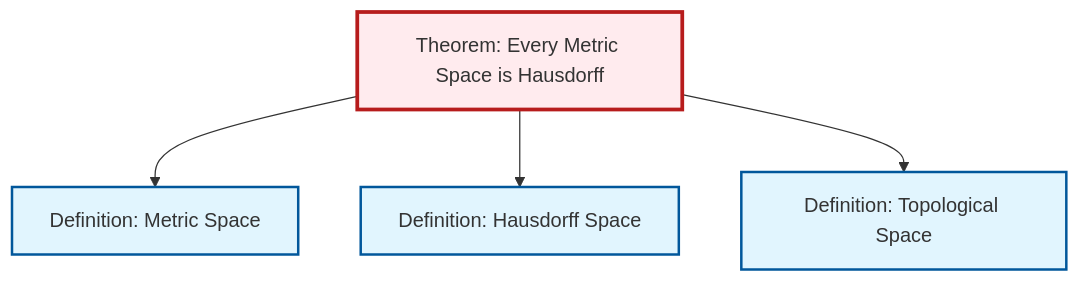
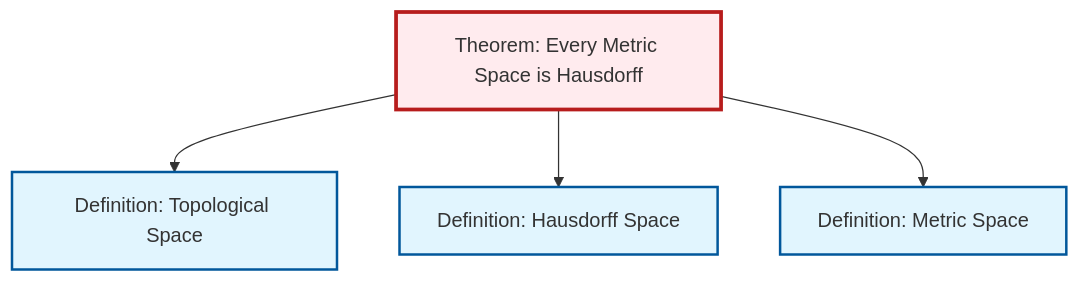
One commit to RK0429/ModernMath changed the diagram in output/mermaid/thm-metric-hausdorff.mermaid. Above: the diagram before and after it, drawn with Mermaid. The commit also changed other lines of this file and 434 other files, not shown here.

```diff
--- a/output/mermaid/thm-metric-hausdorff.mermaid
+++ b/output/mermaid/thm-metric-hausdorff.mermaid
@@ -1,15 +1,15 @@
 %%| fig-cap: "Local dependency graph"
 graph TD
     classDef definition fill:#e1f5fe,stroke:#01579b,stroke-width:2px
     classDef theorem fill:#f3e5f5,stroke:#4a148c,stroke-width:2px
     classDef axiom fill:#fff3e0,stroke:#e65100,stroke-width:2px
     classDef example fill:#e8f5e9,stroke:#1b5e20,stroke-width:2px
     classDef current fill:#ffebee,stroke:#b71c1c,stroke-width:3px
+    def-topological-space["Definition: Topological Space"]:::definition
     def-hausdorff["Definition: Hausdorff Space"]:::definition
     thm-metric-hausdorff["Theorem: Every Metric Space is Hausdorff"]:::theorem
-    def-topological-space["Definition: Topological Space"]:::definition
     def-metric-space["Definition: Metric Space"]:::definition
+    thm-metric-hausdorff --> def-topological-space
+    thm-metric-hausdorff --> def-hausdorff
     thm-metric-hausdorff --> def-metric-space
-    thm-metric-hausdorff --> def-hausdorff
-    thm-metric-hausdorff --> def-topological-space
     class thm-metric-hausdorff current
```
